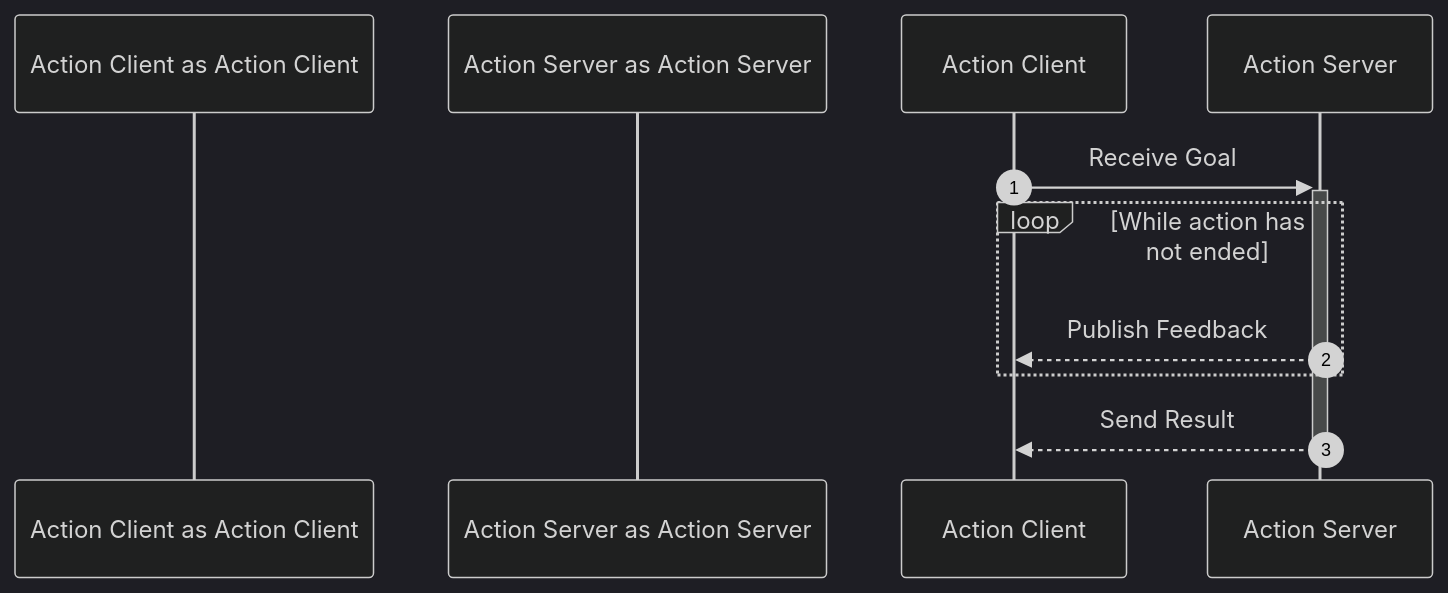
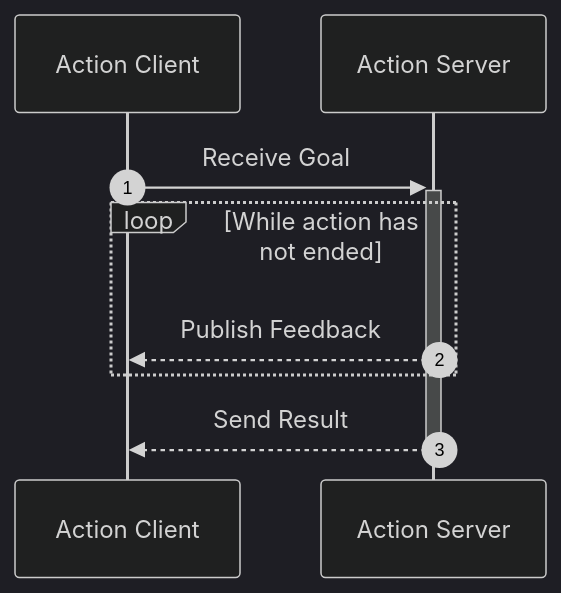
The diagram in docs/source/action_servers.rst (mmmarinho/ROS2_Tutorial), drawn with Mermaid before and after one commit. The commit also changed 1 other file, not shown here.

Commit message:
Use space-free participant IDs in action sequence diagrams

```diff
--- a/docs/source/action_servers.rst
+++ b/docs/source/action_servers.rst
@@ -26,12 +26,12 @@
 .. mermaid::
 
     %%{init: { "theme" : "dark" }}%%
     sequenceDiagram
-        participant Action Client as Action Client
-        participant Action Server as Action Server
+        participant ActionClientP as Action Client
+        participant ActionServerP as Action Server
         autonumber
-        Action Client ->>+ Action Server: Receive Goal
+        ActionClientP ->>+ ActionServerP: Receive Goal
         loop While action has not ended
-        Action Server -->> Action Client: Publish Feedback
+        ActionServerP -->> ActionClientP: Publish Feedback
         end
-        Action Server -->>- Action Client: Send Result
+        ActionServerP -->>- ActionClientP: Send Result
```
